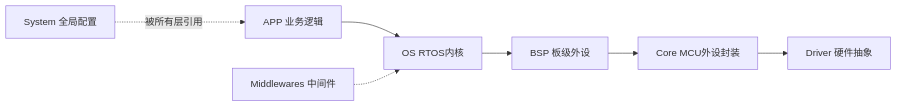
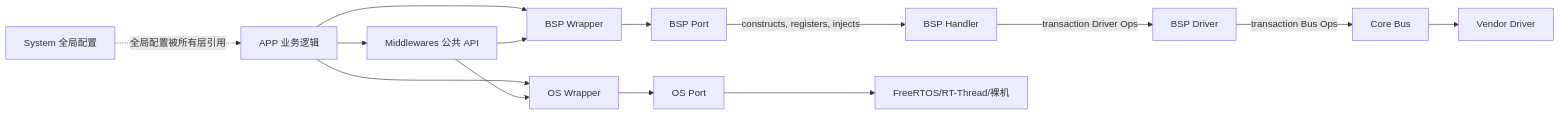
The diagram in .claude/plugins/marketplaces/mcu-workbench/skills/embedded/embedded-architect/SKILL.md (shuai-yemao/mcu-workbench), drawn with Mermaid before and after one commit. The commit also changed other lines of this file and 1 other file, not shown here.

Commit message:
feat: 同步 embedded-architect 架构知识至 code 分支升级

````diff
--- a/.claude/plugins/marketplaces/mcu-workbench/skills/embedded/embedded-architect/SKILL.md
+++ b/.claude/plugins/marketplaces/mcu-workbench/skills/embedded/embedded-architect/SKILL.md
@@ -76,9 +77,28 @@
 ```mermaid
 flowchart LR
-    APP[APP 业务逻辑] --> OS[OS RTOS内核]
-    OS --> BSP[BSP 板级外设]
-    BSP --> CORE[Core MCU外设封装]
-    CORE --> DRV[Driver 硬件抽象]
-    MID[Middlewares 中间件] -.-> OS
-    SYS[System 全局配置] -..->|被所有层引用| APP
+    APP[APP 业务逻辑]
+    OW[OS Wrapper]
+    BW[BSP Wrapper]
+    MID[Middlewares 公共 API]
+    OP[OS Port]
+    BP[BSP Port]
+    BH[BSP Handler]
+    BD[BSP Driver]
+    CB[Core Bus]
+    VD[Vendor Driver]
+    SYS[System 全局配置]
+
+    APP --> OW
+    APP --> BW
+    APP --> MID
+    MID --> OW
+    MID --> BW
+    OW --> OP
+    OP --> RTOS[FreeRTOS/RT-Thread/裸机]
+    BW --> BP
+    BP -->|constructs, registers, injects| BH
+    BH -->|transaction Driver Ops| BD
+    BD -->|transaction Bus Ops| CB
+    CB --> VD
+    SYS -.->|全局配置被所有层引用| APP
 ```
````
